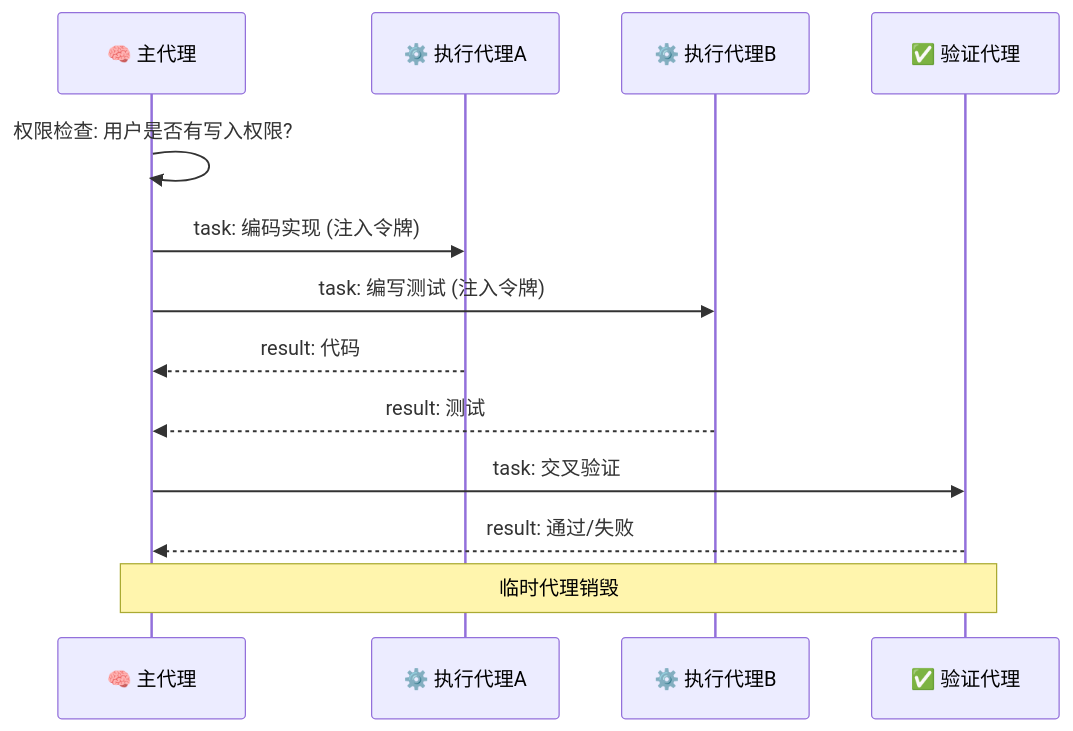
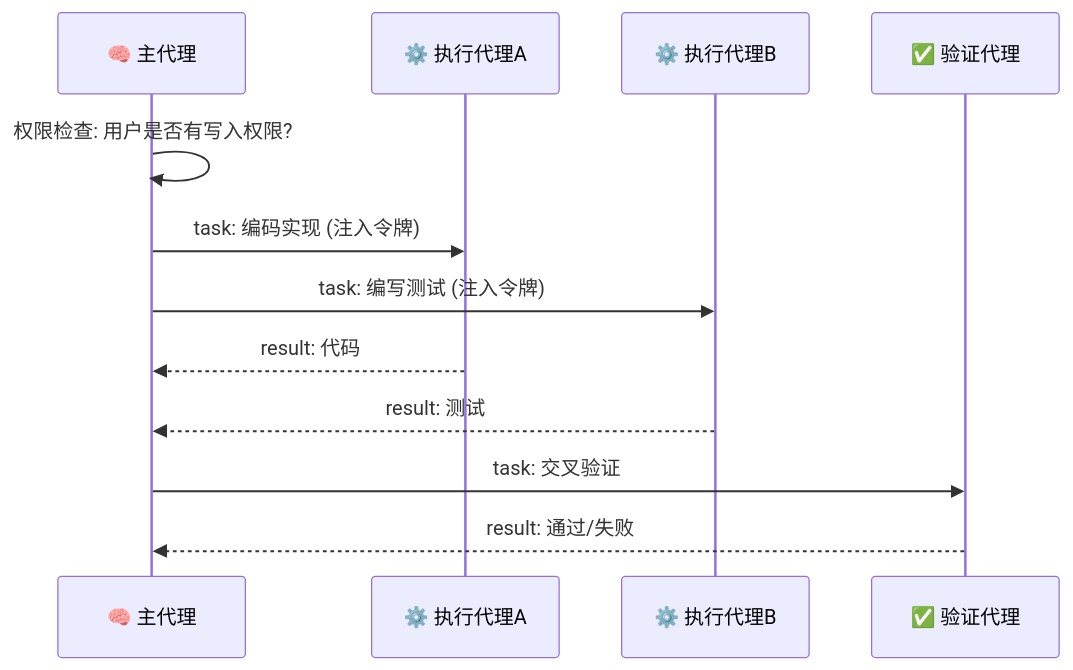
One commit to forestlei/hermes-agent changed the eighth of 11 diagrams in docs/distributed-multi-agent-architecture.md. Above: the diagram before and after it, drawn with Mermaid. The commit also changed other lines of this file and 1 other file, not shown here.

````diff
--- a/docs/distributed-multi-agent-architecture.md
+++ b/docs/distributed-multi-agent-architecture.md
@@ -942,16 +1096,15 @@
 ```mermaid
 sequenceDiagram
     participant B as 🧠 主代理
     participant W1 as ⚙️ 执行代理A
     participant W2 as ⚙️ 执行代理B
     participant A as ✅ 验证代理
 
     B->>B: 权限检查: 用户是否有写入权限?
     B->>W1: task: 编码实现 (注入令牌)
     B->>W2: task: 编写测试 (注入令牌)
     W1-->>B: result: 代码
     W2-->>B: result: 测试
     B->>A: task: 交叉验证
     A-->>B: result: 通过/失败
-    Note over B,A: 临时代理销毁
 ```
````
